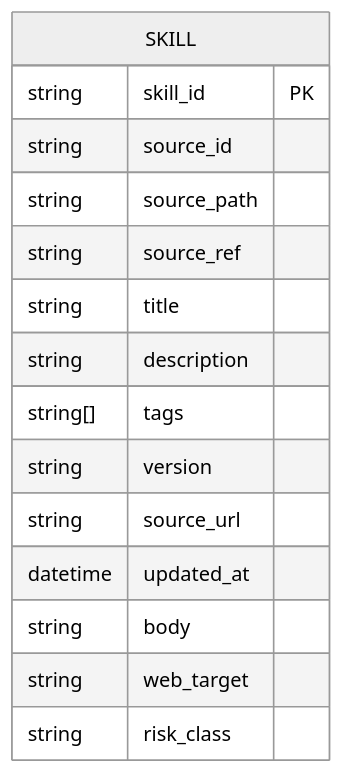
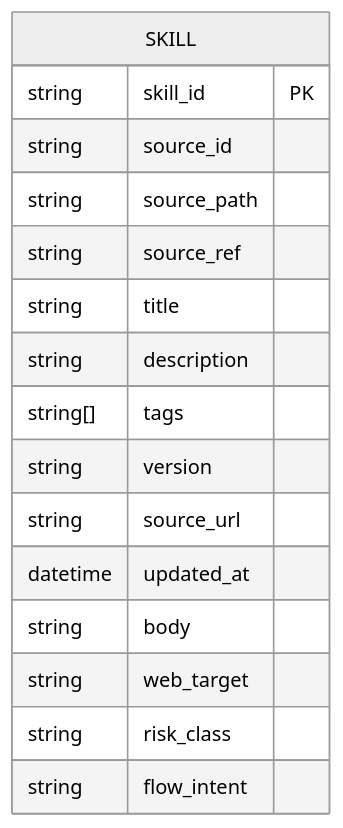
Diagram 13 of 14 in .qoder/repowiki/en/content/Deployment and Operations/Skills Hub Service.md (metasync/luban-aiops), drawn with Mermaid (neutral theme) before and after one commit. The commit also changed other lines of this file and 7 other files, not shown here.

````diff
--- a/.qoder/repowiki/en/content/Deployment and Operations/Skills Hub Service.md
+++ b/.qoder/repowiki/en/content/Deployment and Operations/Skills Hub Service.md
@@ -552,18 +593,19 @@
 ```mermaid
 erDiagram
 SKILL {
 string skill_id PK
 string source_id
 string source_path
 string source_ref
 string title
 string description
 string[] tags
 string version
 string source_url
 datetime updated_at
 string body
 string web_target
 string risk_class
+string flow_intent
 }
 ```
````
